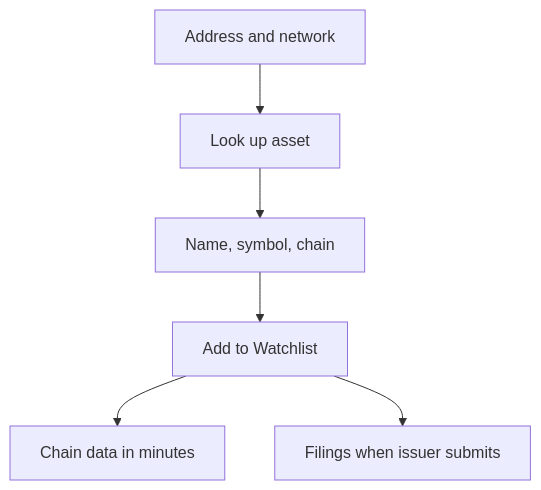
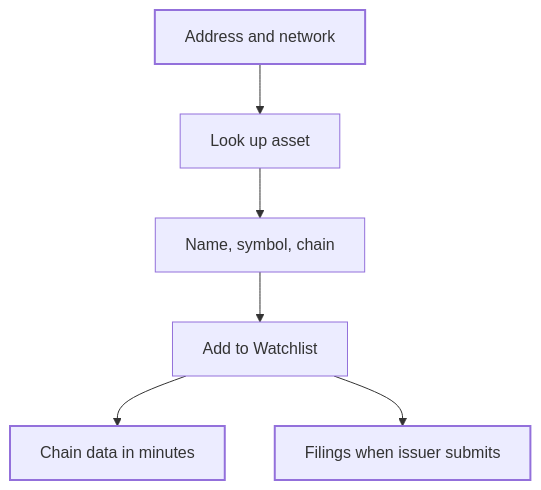
The diagram in proof/watchlist-assets.mdx (blupryntco/docs), drawn with Mermaid before and after one commit. The commit also changed 54 other files, not shown here.

Commit message:
Diagrams in site palette with dark mode; Developers overview for SDK + both APIs

````diff
--- a/proof/watchlist-assets.mdx
+++ b/proof/watchlist-assets.mdx
@@ -20,8 +20,12 @@
 ```mermaid
 flowchart TD
   A[Address and network] --> B[Look up asset]
   B --> C[Name, symbol, chain]
   C --> D[Add to Watchlist]
   D --> E[Chain data in minutes]
   D --> F[Filings when issuer submits]
+classDef start stroke-width:2px
+classDef done stroke-width:2px
+class A start
+class E,F done
 ```
````
